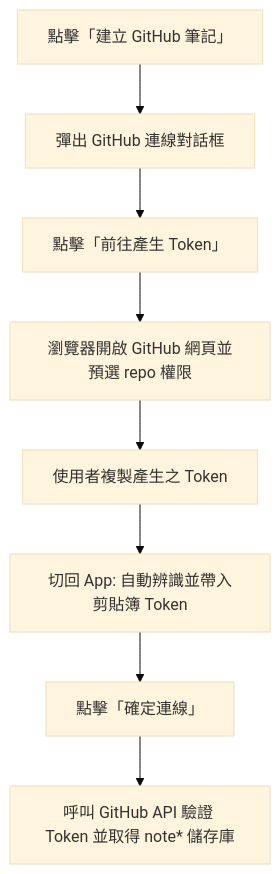
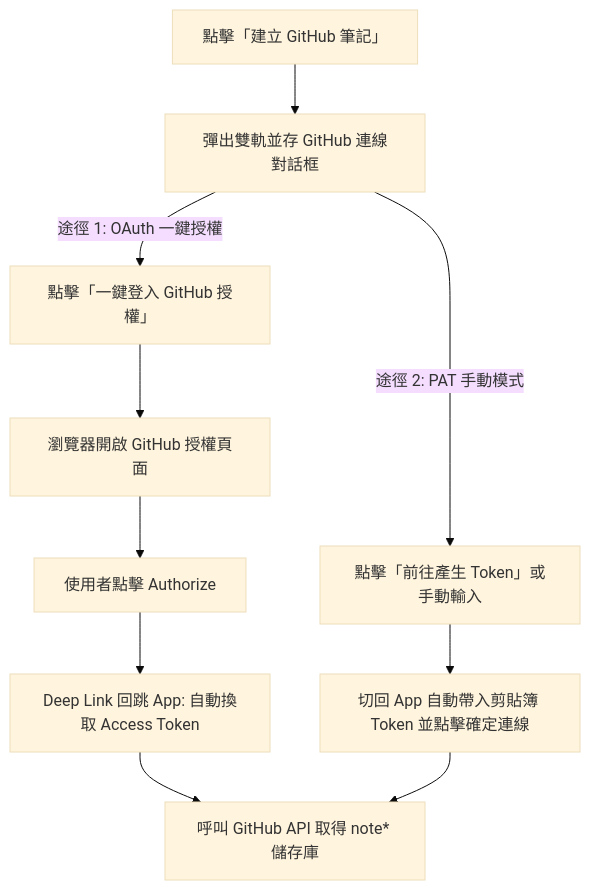
One commit to kafeiou/GitNoteTaking changed the first of 3 diagrams in openspec/specs/github-integration/spec.md. Above: the diagram before and after it, drawn with Mermaid (base theme). The commit also changed other lines of this file and 34 other files, not shown here.

Commit message:
feat: release v4.003 with GitHub OAuth 2.0 dual-track login and dynamic sync progress indicator

````diff
--- a/openspec/specs/github-integration/spec.md
+++ b/openspec/specs/github-integration/spec.md
@@ -19,10 +21,12 @@
 ```mermaid
 flowchart TD
-    A[點擊「建立 GitHub 筆記」] --> B[彈出 GitHub 連線對話框]
-    B --> C[點擊「前往產生 Token」]
-    C --> D[瀏覽器開啟 GitHub 網頁並預選 repo 權限]
-    D --> E[使用者複製產生之 Token]
-    E --> F[切回 App: 自動辨識並帶入剪貼簿 Token]
-    F --> G[點擊「確定連線」]
-    G --> H[呼叫 GitHub API 驗證 Token 並取得 note* 儲存庫]
+    A[點擊「建立 GitHub 筆記」] --> B[彈出雙軌並存 GitHub 連線對話框]
+    B -->|途徑 1: OAuth 一鍵授權| C[點擊「一鍵登入 GitHub 授權」]
+    C --> D[瀏覽器開啟 GitHub 授權頁面]
+    D --> E[使用者點擊 Authorize]
+    E --> F[Deep Link 回跳 App: 自動換取 Access Token]
+    F --> I[呼叫 GitHub API 取得 note* 儲存庫]
+    B -->|途徑 2: PAT 手動模式| G[點擊「前往產生 Token」或手動輸入]
+    G --> H[切回 App 自動帶入剪貼簿 Token 並點擊確定連線]
+    H --> I
 ```
````
